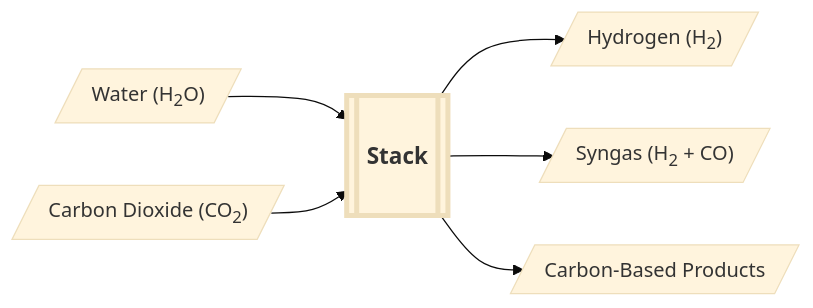
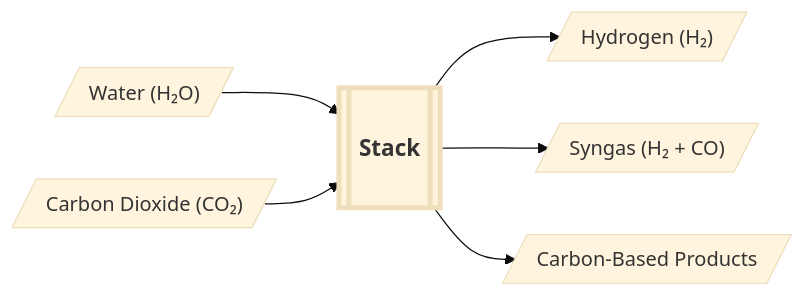
The diagram in content/tech/sectors/ptx/_index.md (yuroucelinexiao/ionic-stacks), drawn with Mermaid (base theme) before and after one commit. The commit also changed 32 other files, not shown here.

```diff
--- a/content/tech/sectors/ptx/_index.md
+++ b/content/tech/sectors/ptx/_index.md
@@ -21,23 +21,23 @@
 {{<mermaid >}}
   flowchart LR
 
   %% define the nodes
-    Water[/"Water (H<sub>2</sub>O)"/]
-    CO2[/"Carbon Dioxide (CO<sub>2</sub>)"/]
+    Water[/"Water (H₂O)"/]
+    CO2[/"Carbon Dioxide (CO₂)"/]
     Stack[["Stack"]]
-    Hydrogen[/"Hydrogen (H<sub>2</sub>)"/]
-    Syngas[/"Syngas (H<sub>2</sub> + CO)"/]
+    Hydrogen[/"Hydrogen (H₂)"/]
+    Syngas[/"Syngas (H₂ + CO)"/]
     Cprod[/"Carbon-Based Products"/]
 
   %% define the flow
     Water --> Stack
     CO2 --> Stack
     Stack --> Hydrogen
     Stack --> Syngas
     Stack --> Cprod
 
    %% styling
     classDef StackStyle padding:25px 50px,stroke-width:4px,font-weight:bold,font-size:18px;
     class Stack StackStyle
 
 {{</mermaid >}}
```
